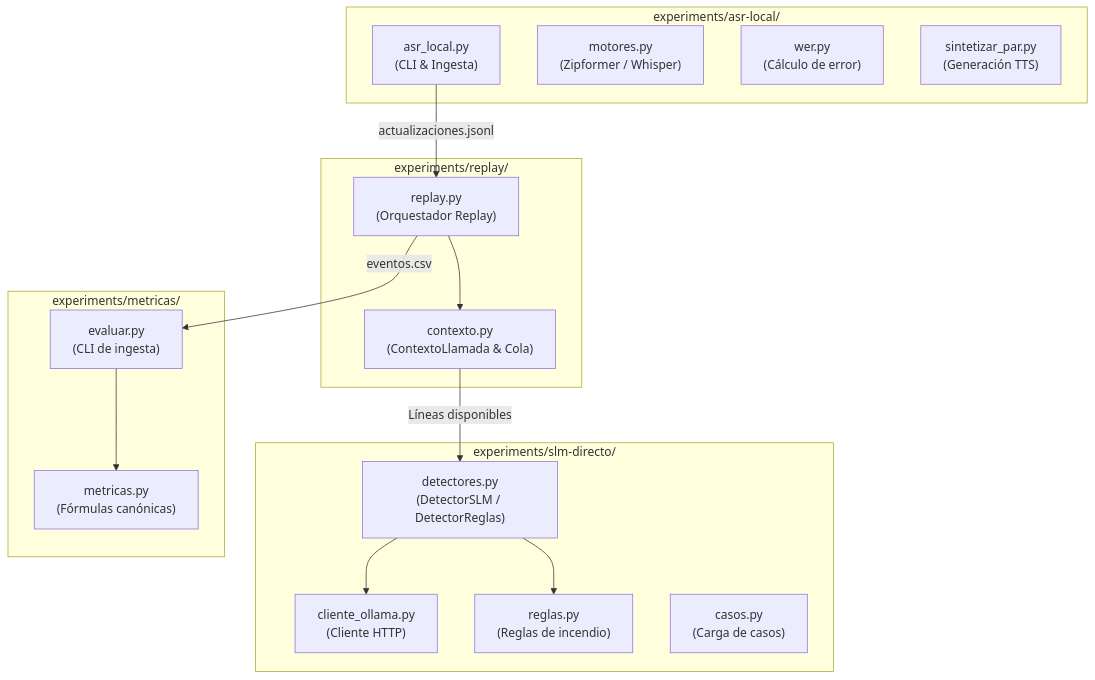
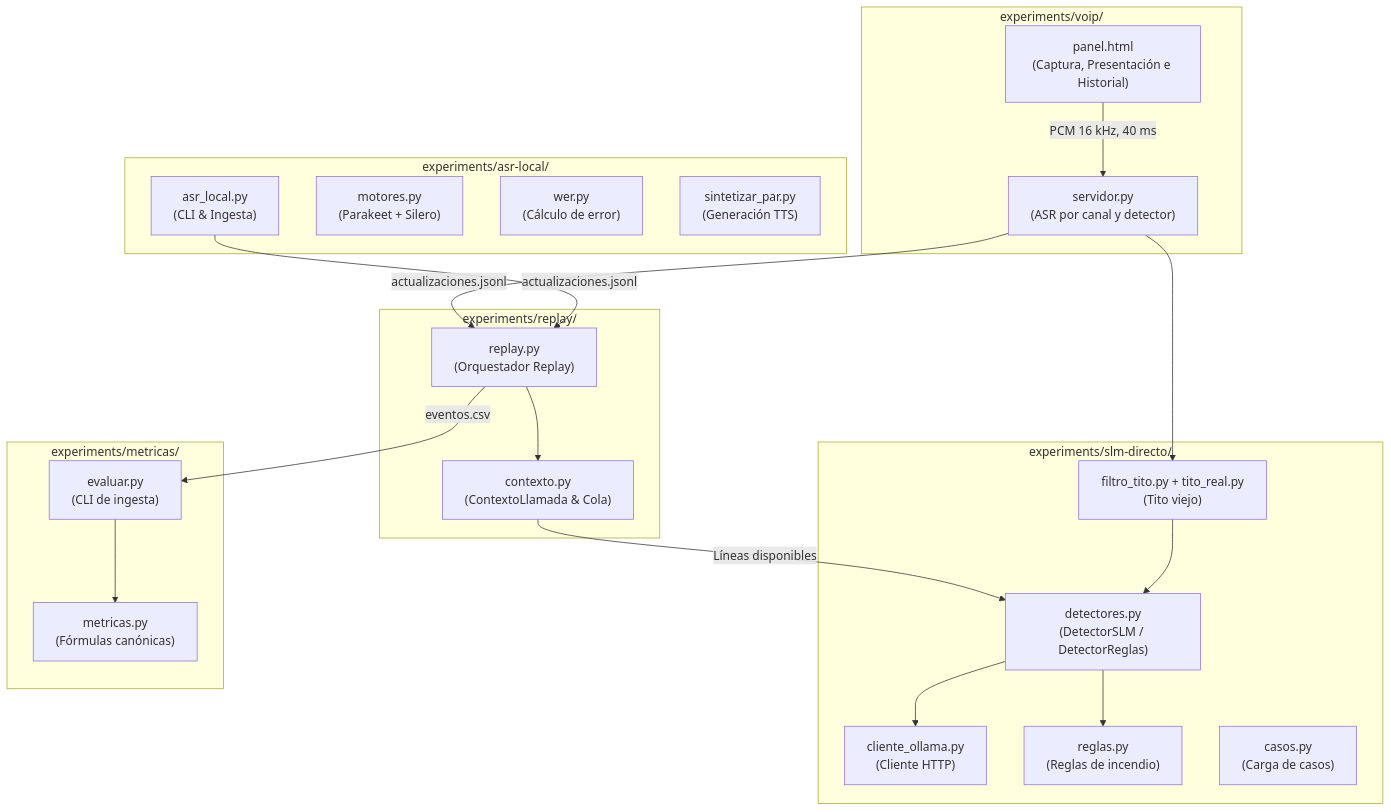
The diagram in docs/tesis/CAP-06-IMPLEMENTACION.md (Corchets/bitacora_tesis), drawn with Mermaid before and after one commit. The commit also changed other lines of this file and 29 other files, not shown here.

First line of the commit message:
feat: E2B con Tito viejo y Parakeet con filtro como configuración final, y borrador del informe (#51, #53)

````diff
--- a/docs/tesis/CAP-06-IMPLEMENTACION.md
+++ b/docs/tesis/CAP-06-IMPLEMENTACION.md
@@ -38,34 +40,44 @@
 ```mermaid
 flowchart TD
     subgraph ASR["experiments/asr-local/"]
         AL["asr_local.py<br/>(CLI & Ingesta)"]
-        MOT["motores.py<br/>(Zipformer / Whisper)"]
+        MOT["motores.py<br/>(Parakeet + Silero)"]
         WER["wer.py<br/>(Cálculo de error)"]
         TTS["sintetizar_par.py<br/>(Generación TTS)"]
+    end
+
+    subgraph VOIP["experiments/voip/"]
+        SRV["servidor.py<br/>(ASR por canal y detector)"]
+        PAN["panel.html<br/>(Captura, Presentación e Historial)"]
     end
 
     subgraph REPLAY["experiments/replay/"]
         RP["replay.py<br/>(Orquestador Replay)"]
         CTX["contexto.py<br/>(ContextoLlamada & Cola)"]
     end
 
     subgraph SLM["experiments/slm-directo/"]
         DET["detectores.py<br/>(DetectorSLM / DetectorReglas)"]
+        TIT["filtro_tito.py + tito_real.py<br/>(Tito viejo)"]
         OLL["cliente_ollama.py<br/>(Cliente HTTP)"]
         REG["reglas.py<br/>(Reglas de incendio)"]
         CAS["casos.py<br/>(Carga de casos)"]
     end
 
     subgraph METRICAS["experiments/metricas/"]
         MET["metricas.py<br/>(Fórmulas canónicas)"]
         EVA["evaluar.py<br/>(CLI de ingesta)"]
     end
 
     AL -->|"actualizaciones.jsonl"| RP
+    PAN -->|"PCM 16 kHz, 40 ms"| SRV
+    SRV -->|"actualizaciones.jsonl"| RP
+    SRV --> TIT
+    TIT --> DET
     RP --> CTX
     CTX -->|"Líneas disponibles"| DET
     DET --> OLL
     DET --> REG
     RP -->|"eventos.csv"| EVA
     EVA --> MET
 ```
````
